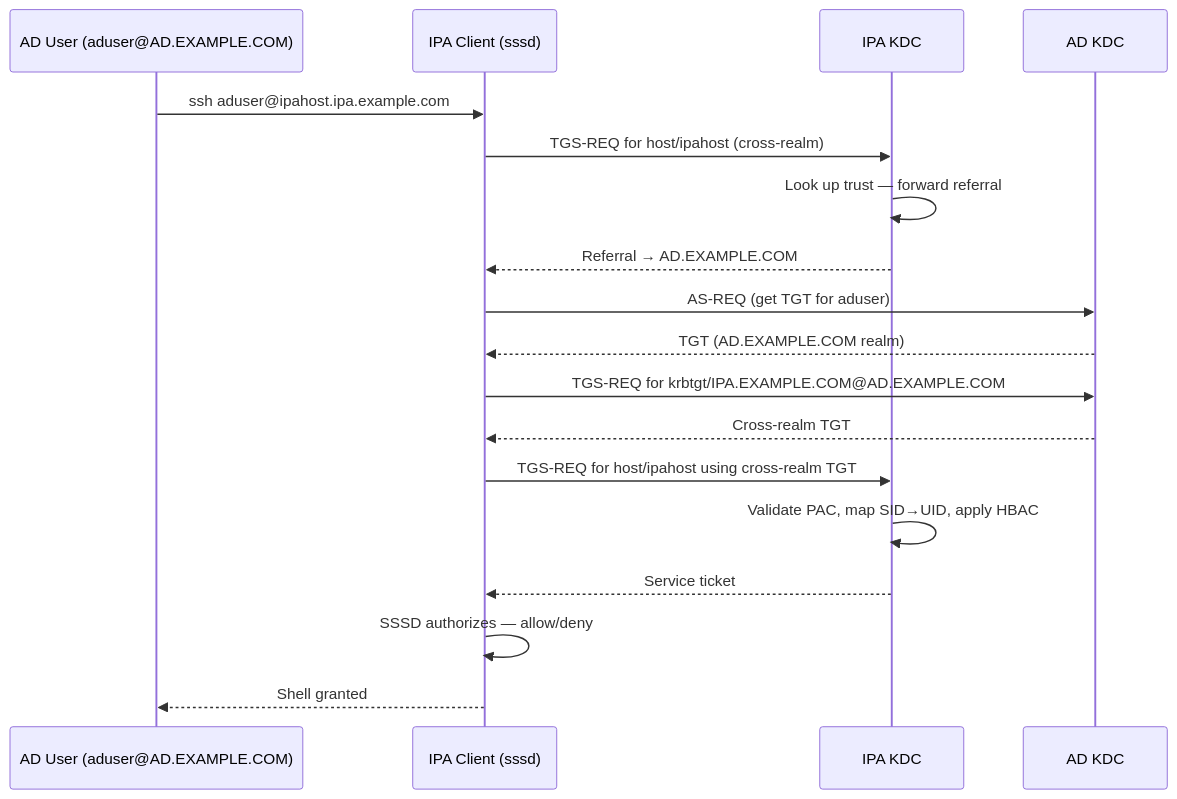
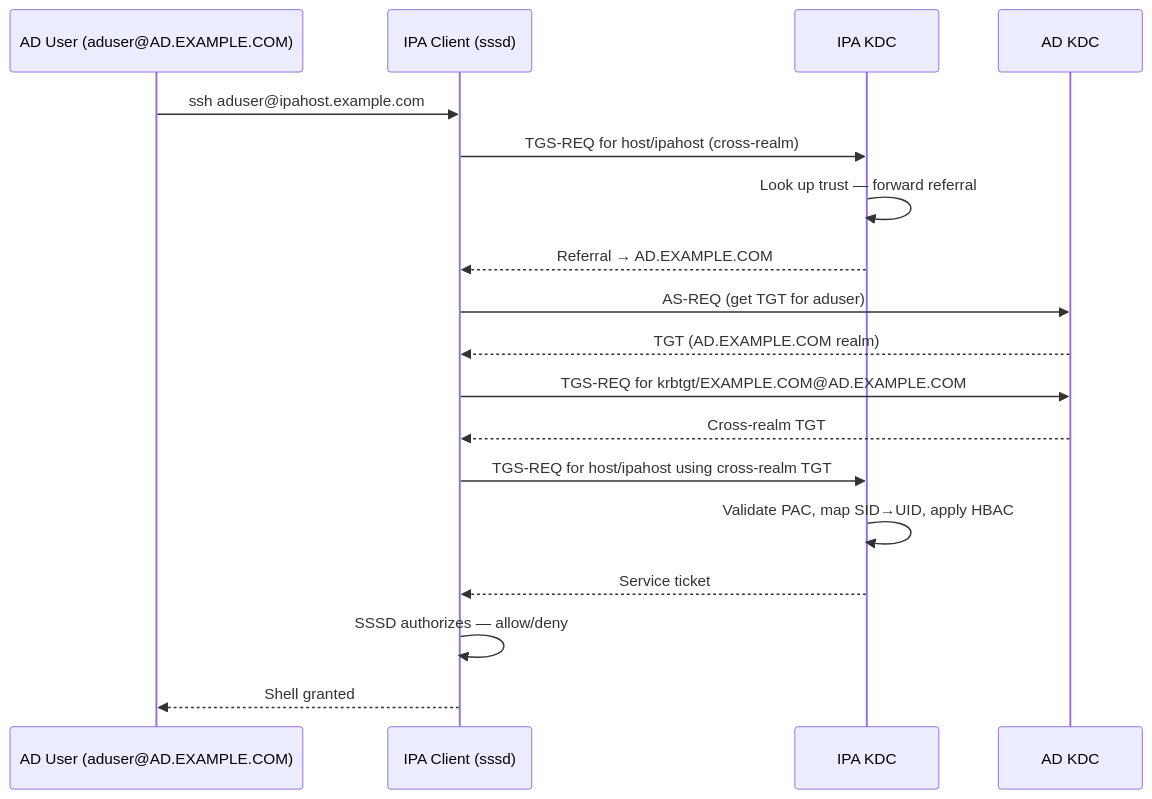
The first of 15 diagrams in 11_ad_trust.md (UncleJS/course_FreeIPA), drawn with Mermaid before and after one commit. The commit also changed other lines of this file and 22 other files, not shown here.

````diff
--- a/11_ad_trust.md
+++ b/11_ad_trust.md
@@ -51,21 +51,21 @@
 ```mermaid
 sequenceDiagram
     participant U as AD User (aduser@AD.EXAMPLE.COM)
     participant C as IPA Client (sssd)
     participant IPA as IPA KDC
     participant AD as AD KDC
 
-    U->>C: ssh aduser@ipahost.ipa.example.com
+    U->>C: ssh aduser@ipahost.example.com
     C->>IPA: TGS-REQ for host/ipahost (cross-realm)
     IPA->>IPA: Look up trust — forward referral
     IPA-->>C: Referral → AD.EXAMPLE.COM
     C->>AD: AS-REQ (get TGT for aduser)
     AD-->>C: TGT (AD.EXAMPLE.COM realm)
-    C->>AD: TGS-REQ for krbtgt/IPA.EXAMPLE.COM@AD.EXAMPLE.COM
+    C->>AD: TGS-REQ for krbtgt/EXAMPLE.COM@AD.EXAMPLE.COM
     AD-->>C: Cross-realm TGT
     C->>IPA: TGS-REQ for host/ipahost using cross-realm TGT
     IPA->>IPA: Validate PAC, map SID→UID, apply HBAC
     IPA-->>C: Service ticket
     C->>C: SSSD authorizes — allow/deny
     C-->>U: Shell granted
 ```
````
